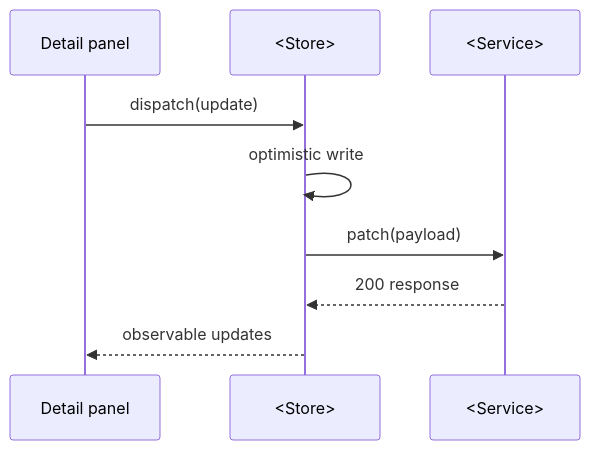
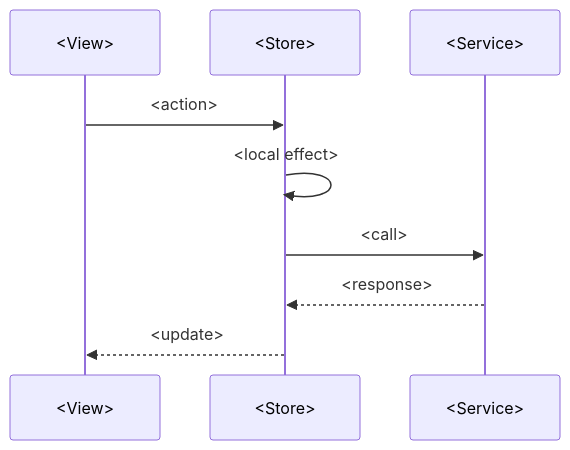
One commit to psarma89/plane changed the second of 3 diagrams in docs/architecture/c4/components/TEMPLATE.md. Above: the diagram before and after it, drawn with Mermaid. The commit also changed other lines of this file and 23 other files, not shown here.

````diff
--- a/docs/architecture/c4/components/TEMPLATE.md
+++ b/docs/architecture/c4/components/TEMPLATE.md
@@ -46,12 +48,12 @@
 ```mermaid
 sequenceDiagram
-    participant V as Detail panel
+    participant V as <View>
     participant S as <Store>
     participant C as <Service>
 
-    V->>S: dispatch(update)
-    S->>S: optimistic write
-    S->>C: patch(payload)
-    C-->>S: 200 response
-    S-->>V: observable updates
+    V->>S: <action>
+    S->>S: <local effect>
+    S->>C: <call>
+    C-->>S: <response>
+    S-->>V: <update>
 ```
````
